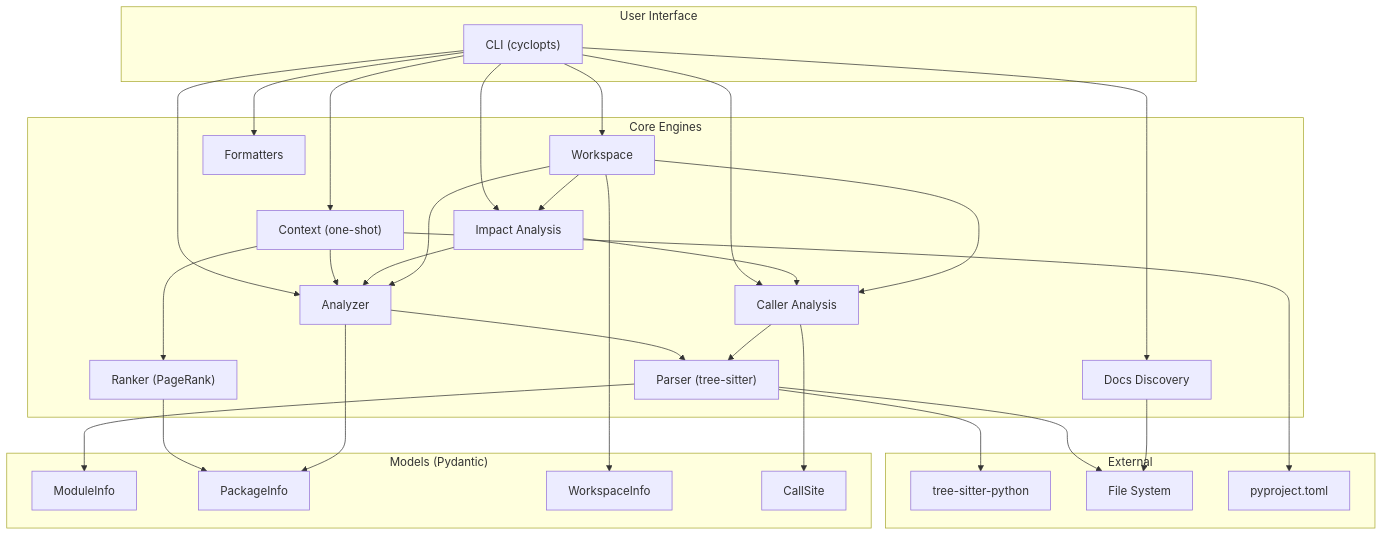
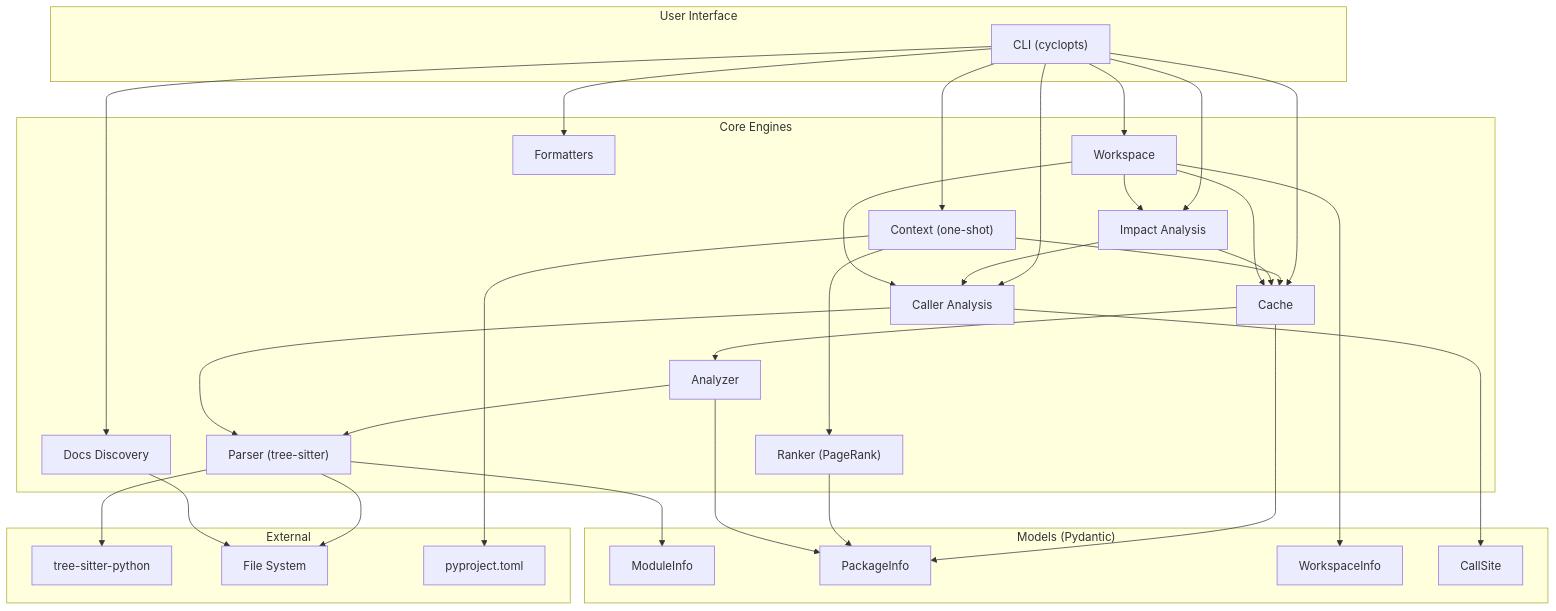
One commit to axm-protocols/axm-forge changed the diagram in docs/explanation/architecture.md. Above: the diagram before and after it, drawn with Mermaid. The commit also changed other lines of this file and 1 other file, not shown here.

Commit message:
docs(ast): add PackageCache to architecture and README [AXM-129]
- Architecture: add cache.py to engine table, Mermaid graph, and design decisions
- README: add get_package/clear_cache Python API example
- Cache sits between tools and analyzer, avoiding redundant parsing

````diff
--- a/docs/explanation/architecture.md
+++ b/docs/explanation/architecture.md
@@ -7,57 +7,60 @@
 ```mermaid
 graph TD
     subgraph "User Interface"
         CLI["CLI (cyclopts)"]
     end
 
     subgraph "Core Engines"
         Parser["Parser (tree-sitter)"]
         Analyzer["Analyzer"]
+        Cache["Cache"]
         Ranker["Ranker (PageRank)"]
         Callers["Caller Analysis"]
         Context["Context (one-shot)"]
         Impact["Impact Analysis"]
         Workspace["Workspace"]
         Docs["Docs Discovery"]
         Formatters["Formatters"]
     end
 
     subgraph "Models (Pydantic)"
         ModuleInfo["ModuleInfo"]
         PackageInfo["PackageInfo"]
         WorkspaceInfo["WorkspaceInfo"]
         CallSite["CallSite"]
     end
 
     subgraph "External"
         TreeSitter["tree-sitter-python"]
         FS["File System"]
         PyProject["pyproject.toml"]
     end
 
-    CLI --> Analyzer
+    CLI --> Cache
     CLI --> Context
     CLI --> Impact
     CLI --> Callers
     CLI --> Formatters
+    Cache --> Analyzer
+    Cache --> PackageInfo
     Analyzer --> Parser
     Ranker --> PackageInfo
     Callers --> Parser
-    Context --> Analyzer
+    Context --> Cache
     Context --> Ranker
     Impact --> Callers
-    Impact --> Analyzer
+    Impact --> Cache
     Parser --> TreeSitter
     Parser --> FS
     Parser --> ModuleInfo
     Analyzer --> PackageInfo
     Callers --> CallSite
     Context --> PyProject
     CLI --> Docs
     CLI --> Workspace
-    Workspace --> Analyzer
+    Workspace --> Cache
     Workspace --> Callers
     Workspace --> Impact
     Workspace --> WorkspaceInfo
     Docs --> FS
 ```
````
